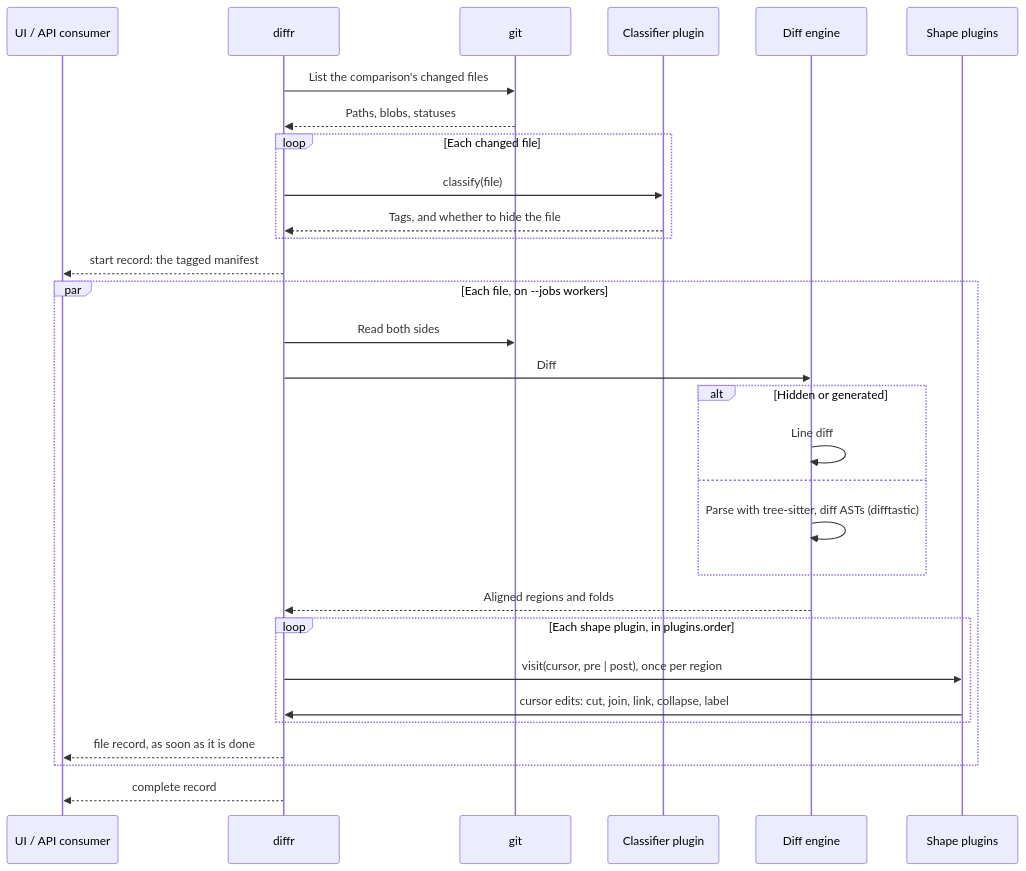
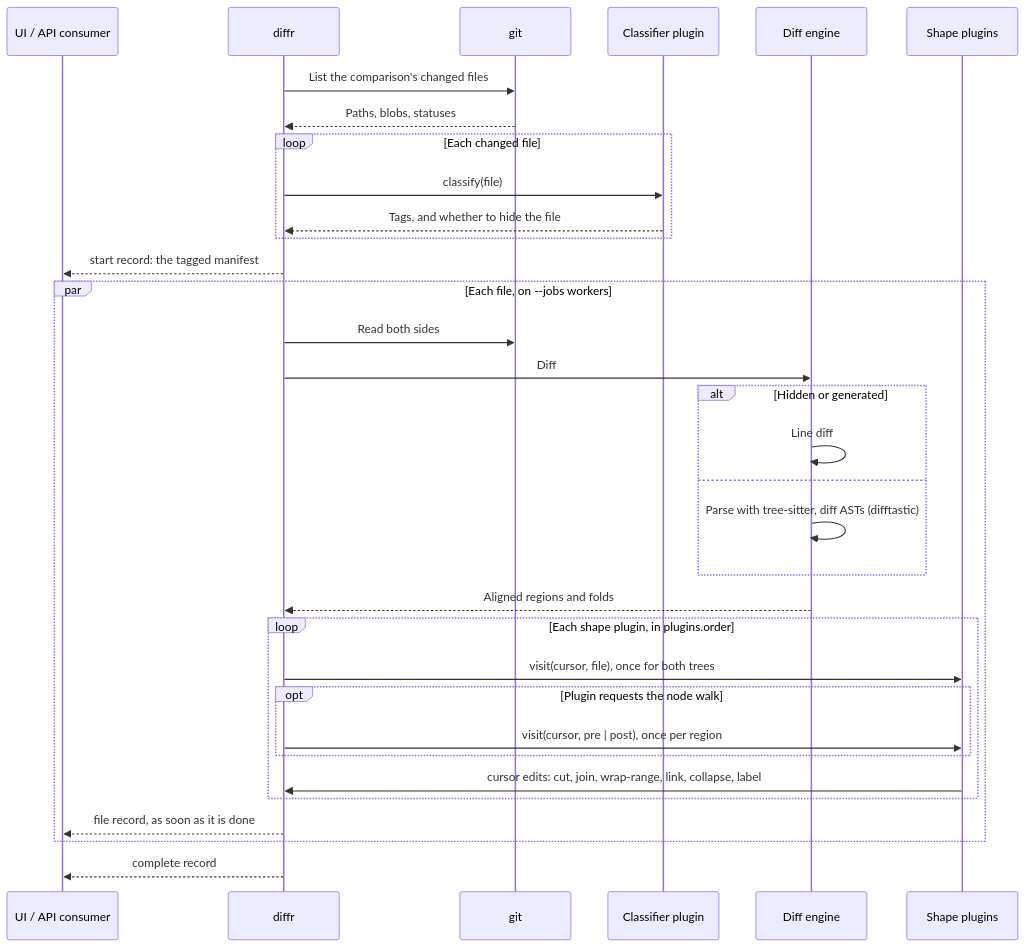
Before and after one commit to devdotfast/diffr: the diagram in docs/plugin.md, drawn with Mermaid. The commit also changed other lines of this file and 42 other files, not shown here.

````diff
--- a/docs/plugin.md
+++ b/docs/plugin.md
@@ -26,33 +26,36 @@
 ```mermaid
 sequenceDiagram
     participant C as UI / API consumer
     participant D as diffr
     participant G as git
     participant K as Classifier plugin
     participant E as Diff engine
     participant S as Shape plugins
 
     D->>G: List the comparison's changed files
     G-->>D: Paths, blobs, statuses
     loop Each changed file
         D->>K: classify(file)
         K-->>D: Tags, and whether to hide the file
     end
     D-->>C: start record: the tagged manifest
     par Each file, on --jobs workers
         D->>G: Read both sides
         D->>E: Diff
         alt Hidden or generated
             E->>E: Line diff
         else
             E->>E: Parse with tree-sitter, diff ASTs (difftastic)
         end
         E-->>D: Aligned regions and folds
         loop Each shape plugin, in plugins.order
-            D->>S: visit(cursor, pre | post), once per region
-            S->>D: cursor edits: cut, join, link, collapse, label
+            D->>S: visit(cursor, file), once for both trees
+            opt Plugin requests the node walk
+                D->>S: visit(cursor, pre | post), once per region
+            end
+            S->>D: cursor edits: cut, join, wrap-range, link, collapse, label
         end
         D-->>C: file record, as soon as it is done
     end
     D-->>C: complete record
 ```
````
